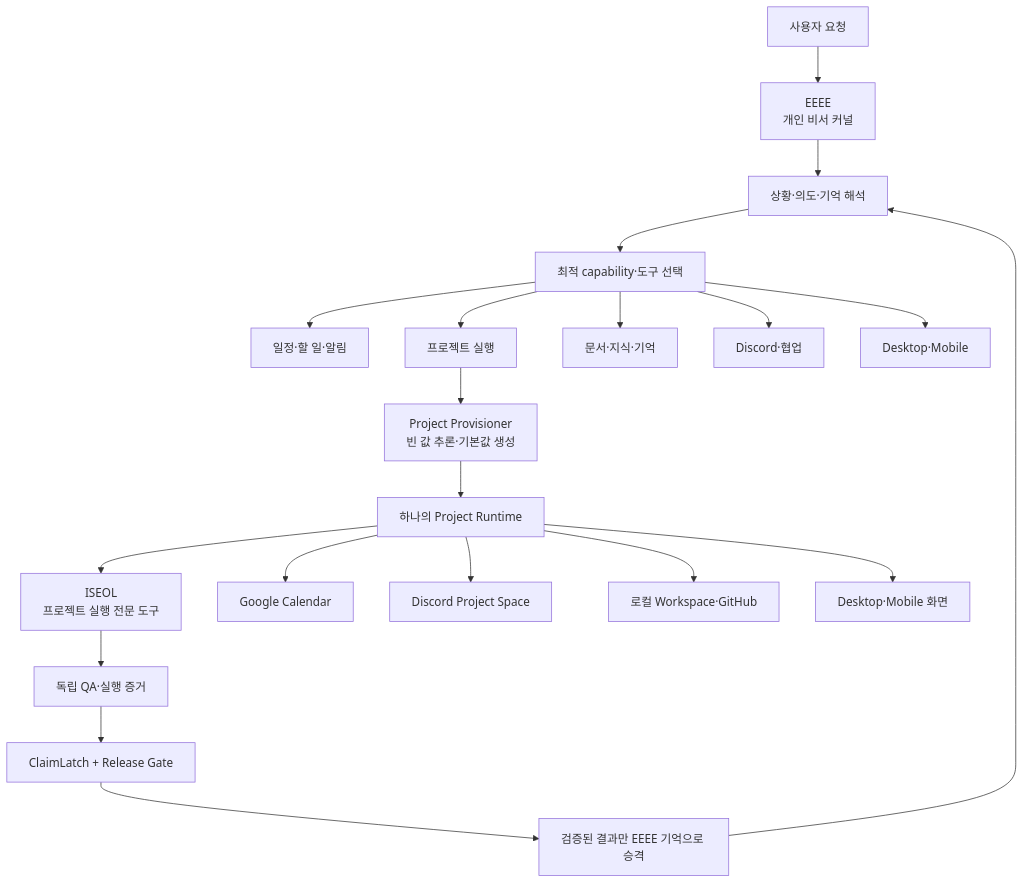
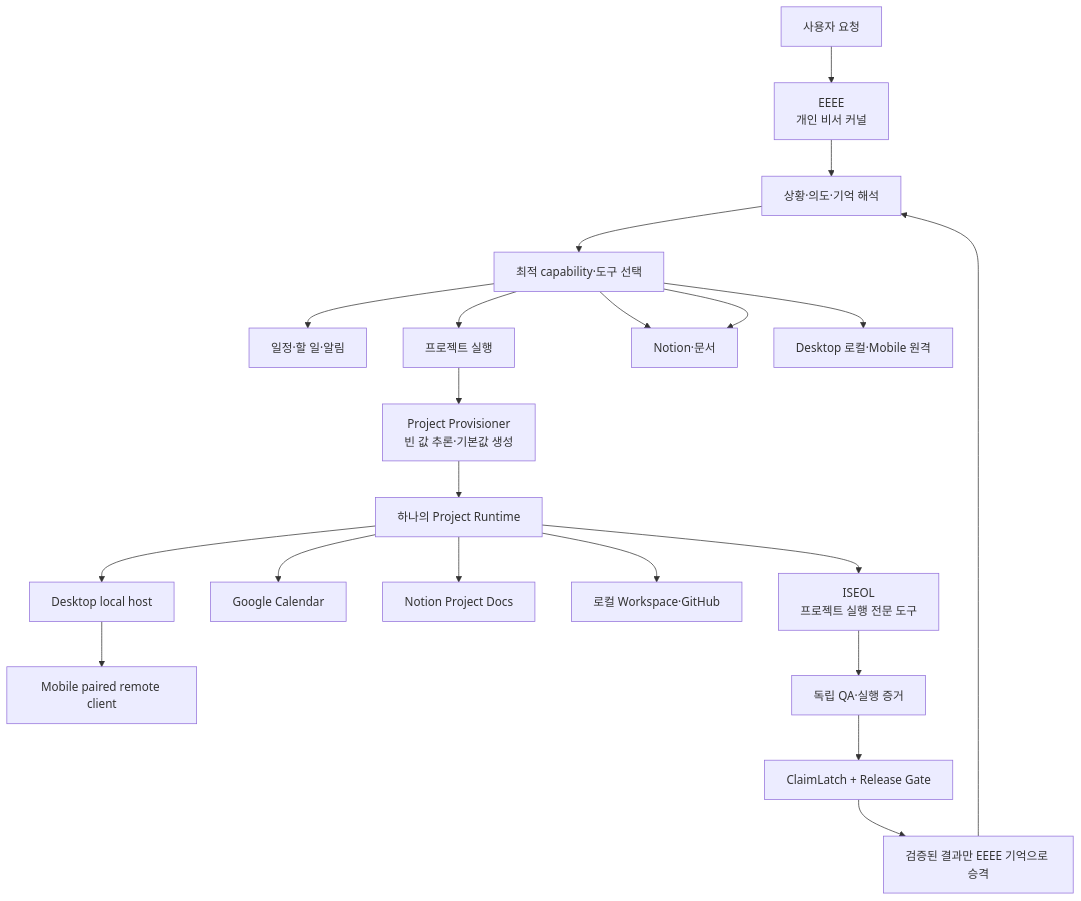
Before and after one commit to sunwoo162/gleave: the diagram in docs/superpowers/specs/2026-10-06-eeee-personal-assistant-platform-design.md, drawn with Mermaid. The commit also changed other lines of this file and 61 other files, not shown here.

````diff
--- a/docs/superpowers/specs/2026-10-06-eeee-personal-assistant-platform-design.md
+++ b/docs/superpowers/specs/2026-10-06-eeee-personal-assistant-platform-design.md
@@ -34,24 +34,25 @@
 ```mermaid
 flowchart TD
     USER["사용자 요청"] --> EEEE["EEEE\n개인 비서 커널"]
     EEEE --> CONTEXT["상황·의도·기억 해석"]
     CONTEXT --> SELECT["최적 capability·도구 선택"]
     SELECT --> LIFE["일정·할 일·알림"]
     SELECT --> PROJECT["프로젝트 실행"]
     SELECT --> DOCS["문서·지식·기억"]
-    SELECT --> COMM["Discord·협업"]
-    SELECT --> PRESENCE["Desktop·Mobile"]
+    SELECT --> DOCS["Notion·문서"]
+    SELECT --> PRESENCE["Desktop 로컬·Mobile 원격"]
 
     PROJECT --> PROVISION["Project Provisioner\n빈 값 추론·기본값 생성"]
     PROVISION --> RUNTIME["하나의 Project Runtime"]
     RUNTIME --> ISEOL["ISEOL\n프로젝트 실행 전문 도구"]
     RUNTIME --> CAL["Google Calendar"]
-    RUNTIME --> DISCORD["Discord Project Space"]
+    RUNTIME --> NOTION["Notion Project Docs"]
     RUNTIME --> WORKSPACE["로컬 Workspace·GitHub"]
-    RUNTIME --> CLIENT["Desktop·Mobile 화면"]
+    RUNTIME --> DESKTOP["Desktop local host"]
+    DESKTOP --> MOBILE["Mobile paired remote client"]
 
     ISEOL --> QA["독립 QA·실행 증거"]
     QA --> TRUST["ClaimLatch + Release Gate"]
     TRUST --> MEMORY["검증된 결과만 EEEE 기억으로 승격"]
     MEMORY --> CONTEXT
 ```
````
